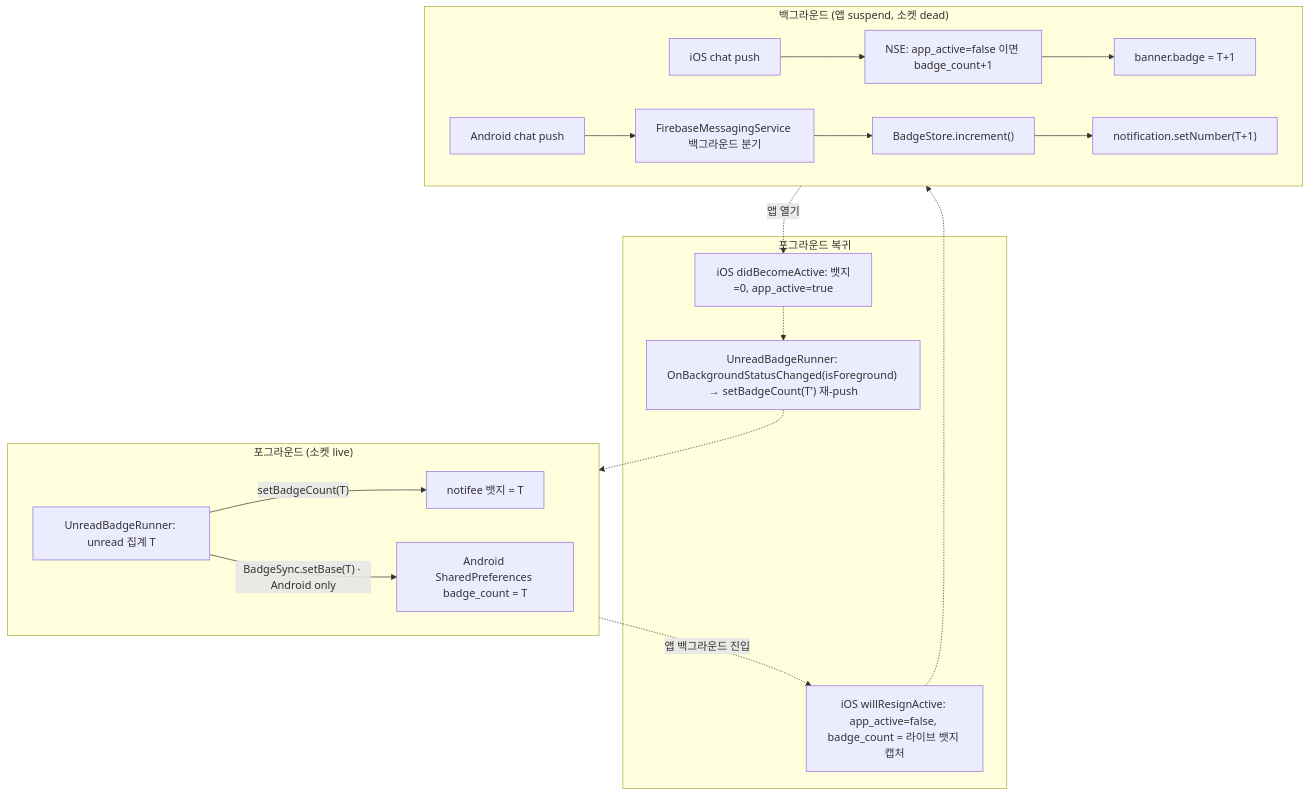
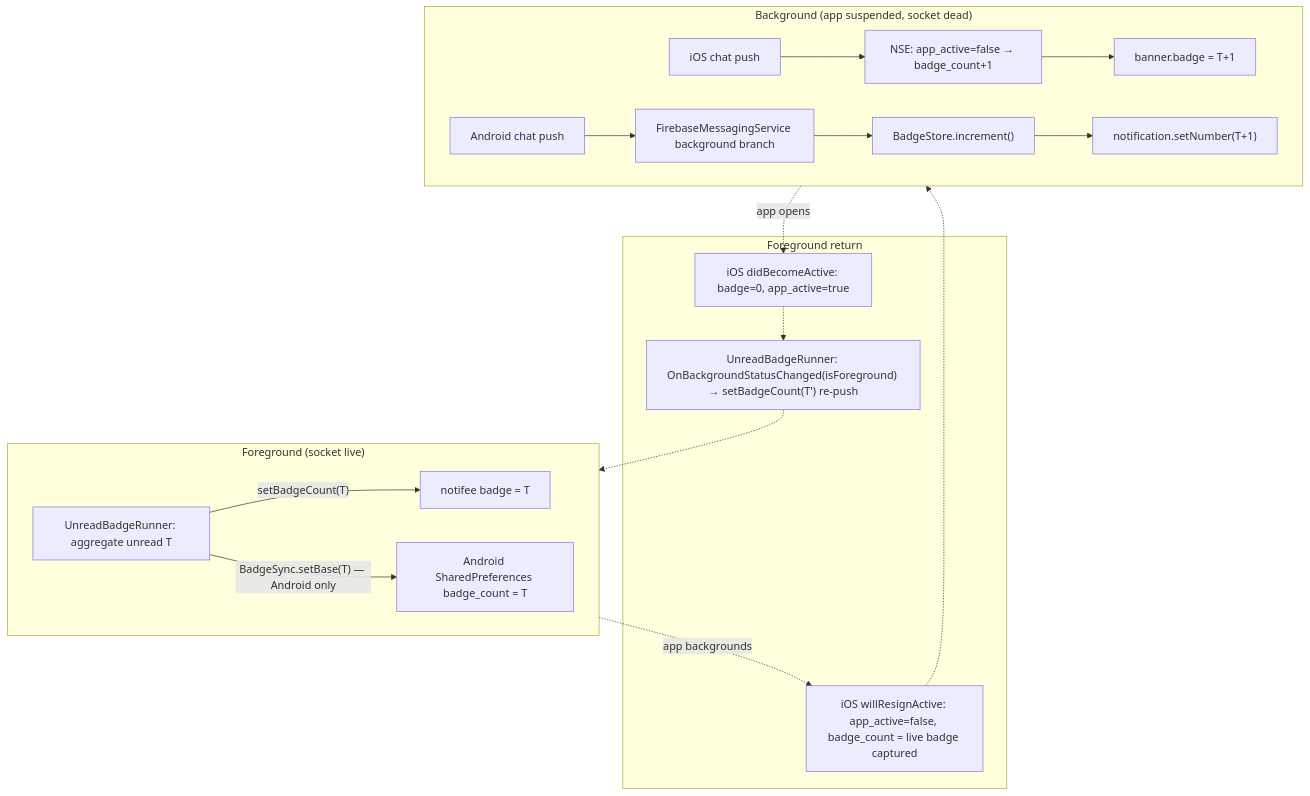
One commit to lemoncloud-io/dou-app changed the diagram in apps/mobile/docs/badge.md. Above: the diagram before and after it, drawn with Mermaid. The commit also changed other lines of this file, not shown here.

First line of the commit message:
docs(mobile): rewrite the badge doc in english

````diff
--- a/apps/mobile/docs/badge.md
+++ b/apps/mobile/docs/badge.md
@@ -47,27 +53,27 @@
 ```mermaid
 flowchart TD
-    subgraph FG["포그라운드 (소켓 live)"]
-        Web["UnreadBadgeRunner: unread 집계 T"] -->|"setBadgeCount(T)"| Notifee["notifee 뱃지 = T"]
-        Web -->|"BadgeSync.setBase(T) · Android only"| StoreA["Android SharedPreferences badge_count = T"]
+    subgraph FG["Foreground (socket live)"]
+        Web["UnreadBadgeRunner: aggregate unread T"] -->|"setBadgeCount(T)"| Notifee["notifee badge = T"]
+        Web -->|"BadgeSync.setBase(T) — Android only"| StoreA["Android SharedPreferences badge_count = T"]
     end
 
-    subgraph BG["백그라운드 (앱 suspend, 소켓 dead)"]
-        PushI["iOS chat push"] --> NSE["NSE: app_active=false 이면 badge_count+1"]
+    subgraph BG["Background (app suspended, socket dead)"]
+        PushI["iOS chat push"] --> NSE["NSE: app_active=false → badge_count+1"]
         NSE --> BadgeI["banner.badge = T+1"]
-        PushA["Android chat push"] --> FCM["FirebaseMessagingService 백그라운드 분기"]
+        PushA["Android chat push"] --> FCM["FirebaseMessagingService background branch"]
         FCM --> Inc["BadgeStore.increment()"]
         Inc --> BadgeA["notification.setNumber(T+1)"]
     end
 
-    subgraph RESUME["포그라운드 복귀"]
-        Active["iOS didBecomeActive: 뱃지=0, app_active=true"]
-        Resign["iOS willResignActive: app_active=false, badge_count = 라이브 뱃지 캡처"]
-        Reconcile["UnreadBadgeRunner: OnBackgroundStatusChanged(isForeground) → setBadgeCount(T') 재-push"]
+    subgraph RESUME["Foreground return"]
+        Active["iOS didBecomeActive: badge=0, app_active=true"]
+        Resign["iOS willResignActive: app_active=false, badge_count = live badge captured"]
+        Reconcile["UnreadBadgeRunner: OnBackgroundStatusChanged(isForeground) → setBadgeCount(T') re-push"]
     end
 
-    FG -.->|"앱 백그라운드 진입"| Resign
+    FG -.->|"app backgrounds"| Resign
     Resign -.-> BG
-    BG -.->|"앱 열기"| Active
+    BG -.->|"app opens"| Active
     Active -.-> Reconcile
     Reconcile -.-> FG
 ```
````
